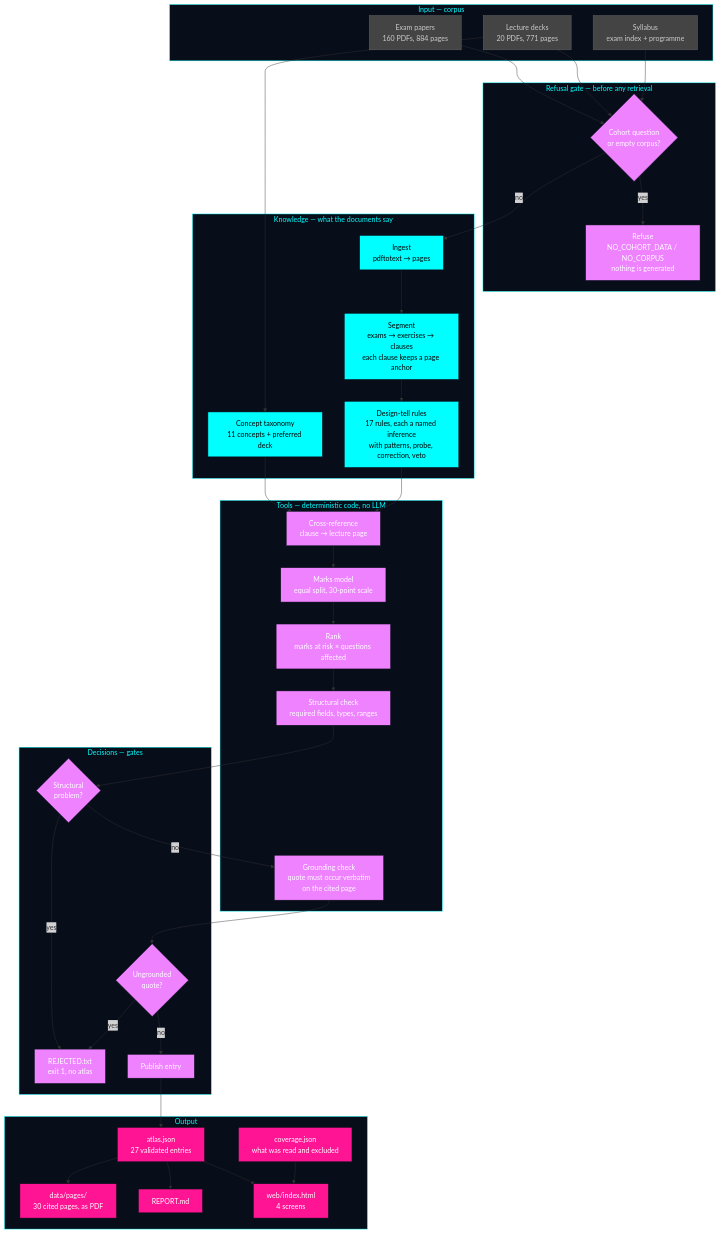
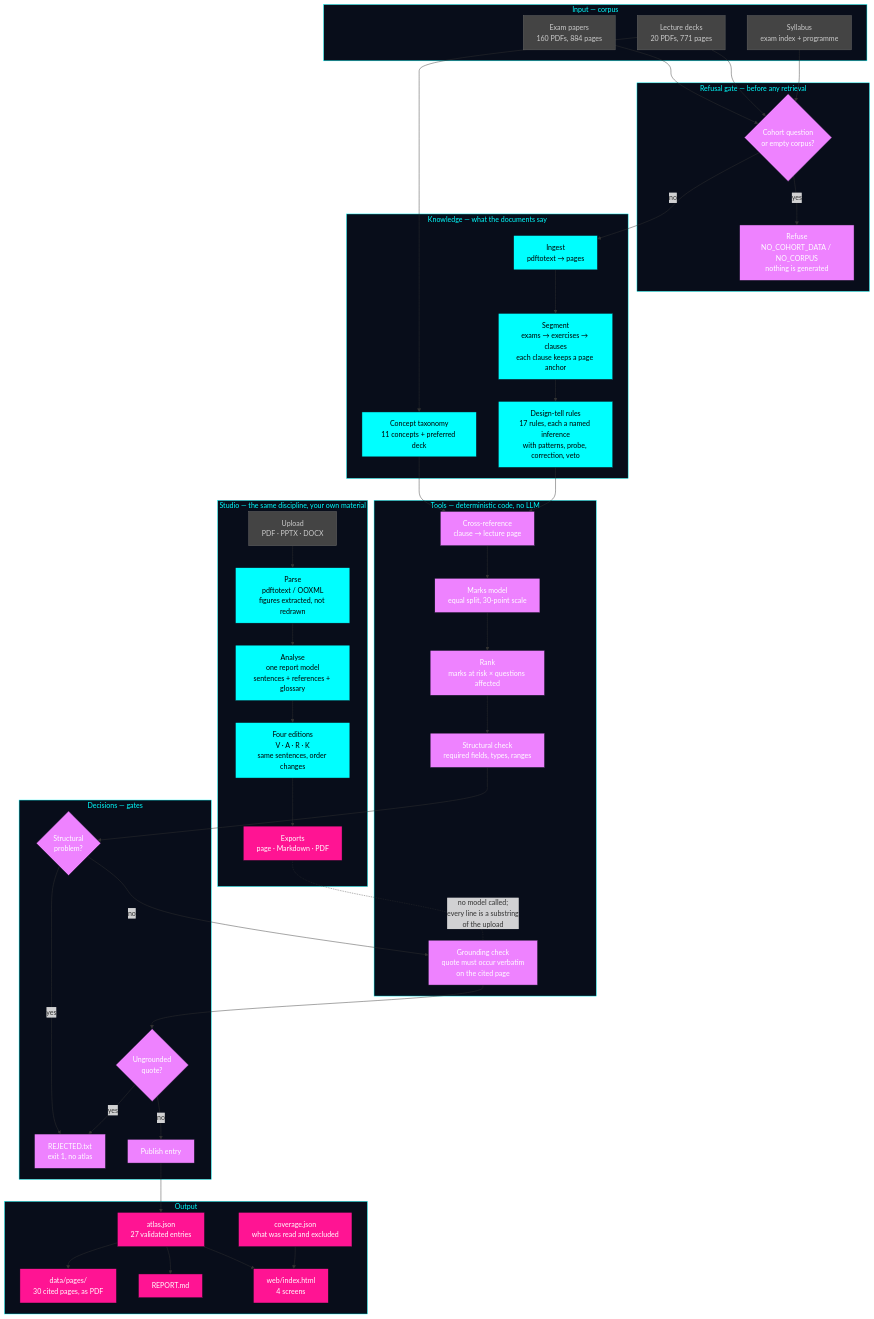
The diagram in README.md (ZJoker10/failure-mode-atlas), drawn with Mermaid before and after one commit. The commit also changed other lines of this file and 10 other files, not shown here.

First line of the commit message:
feat: Studio mode, your material in the shape you study in

````diff
--- a/README.md
+++ b/README.md
@@ -218,15 +294,26 @@
     AJ --> PGS
     CV --> WV
 
+    subgraph STUDIO["Studio — the same discipline, your own material"]
+        UP["Upload<br/>PDF · PPTX · DOCX"]
+        PRS["Parse<br/>pdftotext / OOXML<br/>figures extracted, not redrawn"]
+        AN["Analyse<br/>one report model<br/>sentences + references + glossary"]
+        ED["Four editions<br/>V · A · R · K<br/>same sentences, order changes"]
+        EX2["Exports<br/>page · Markdown · PDF"]
+    end
+
+    UP --> PRS --> AN --> ED --> EX2
+    EX2 -. "no model called;<br/>every line is a substring<br/>of the upload" .- GND
+
     classDef primary fill:#00ffff,color:#000,stroke:#080d1a
     classDef gateway fill:#ee82ff,color:#fff,stroke:#080d1a
     classDef data fill:#ff1493,color:#fff,stroke:#080d1a
     classDef external fill:#444,color:#ccc,stroke:#666
 
-    class ING,SEG,TAX,RUL primary
+    class ING,SEG,TAX,RUL,PRS,AN,ED primary
     class Q0,G1,G2,GND,STR,MRK,XRF,RANK,D1,D2,R0 gateway
-    class AJ,CV,PGS,RP,WV data
-    class EX,SL,SY external
+    class AJ,CV,PGS,RP,WV,EX2 data
+    class EX,SL,SY,UP external
 
     style INPUT fill:#080d1a,color:#00ffff,stroke:#00ffff
     style GATE0 fill:#080d1a,color:#00ffff,stroke:#00ffff
@@ -234,4 +321,5 @@
     style TOOLS fill:#080d1a,color:#00ffff,stroke:#00ffff
     style DECISIONS fill:#080d1a,color:#00ffff,stroke:#00ffff
     style OUTPUT fill:#080d1a,color:#00ffff,stroke:#00ffff
+    style STUDIO fill:#080d1a,color:#00ffff,stroke:#00ffff
 ```
````
